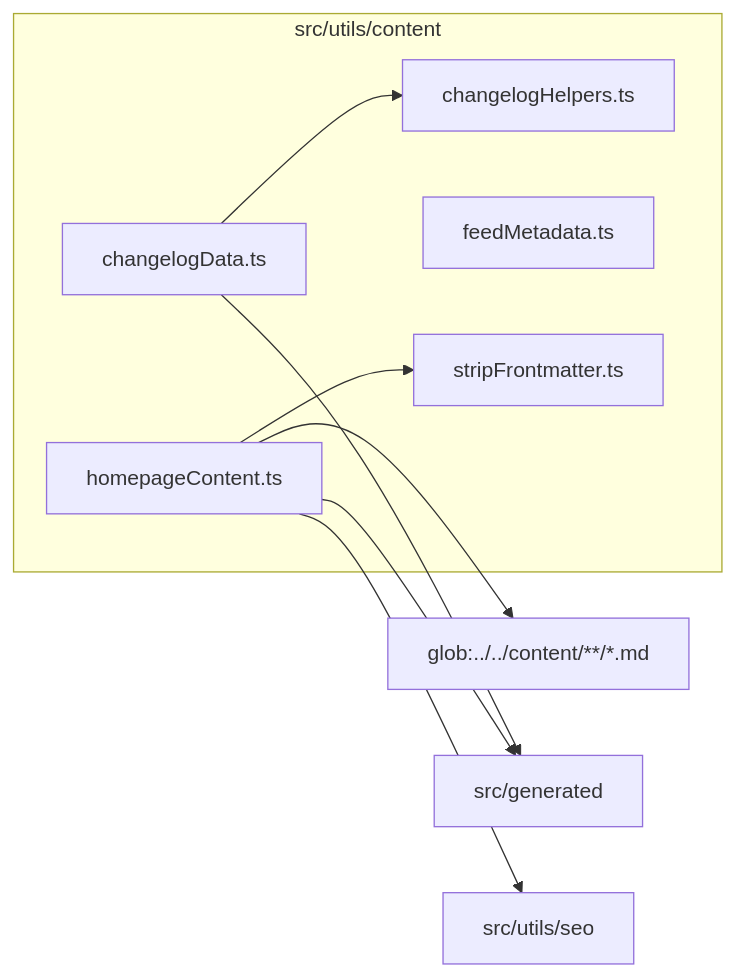
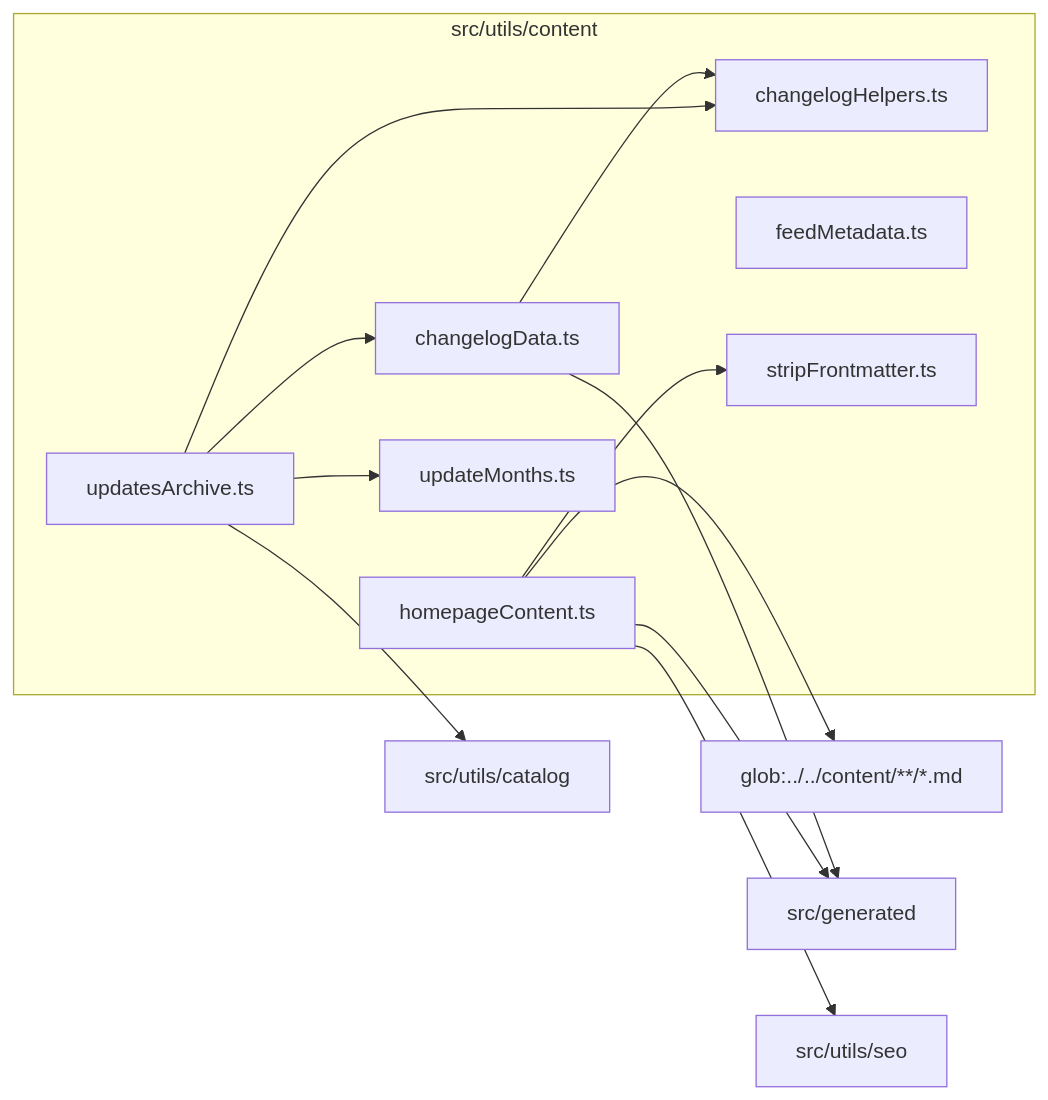
One commit to ronbuening/LensVisualizer changed the diagram in src/utils/content/readme.md. Above: the diagram before and after it, drawn with Mermaid. The commit also changed other lines of this file and 35 other files, not shown here.

````diff
--- a/src/utils/content/readme.md
+++ b/src/utils/content/readme.md
@@ -9,19 +9,26 @@
 ```mermaid
 flowchart LR
   subgraph n_src_utils_content["src/utils/content"]
     n_src_utils_content_src_utils_content_changelogData_ts["changelogData.ts"]
     n_src_utils_content_src_utils_content_changelogHelpers_ts["changelogHelpers.ts"]
     n_src_utils_content_src_utils_content_feedMetadata_ts["feedMetadata.ts"]
     n_src_utils_content_src_utils_content_homepageContent_ts["homepageContent.ts"]
     n_src_utils_content_src_utils_content_stripFrontmatter_ts["stripFrontmatter.ts"]
+    n_src_utils_content_src_utils_content_updateMonths_ts["updateMonths.ts"]
+    n_src_utils_content_src_utils_content_updatesArchive_ts["updatesArchive.ts"]
   end
   n_external_glob_______content______md["glob:../../content/**/*.md"]
   n_external_src_generated["src/generated"]
+  n_external_src_utils_catalog["src/utils/catalog"]
   n_external_src_utils_seo["src/utils/seo"]
   n_src_utils_content_src_utils_content_homepageContent_ts --> n_external_glob_______content______md
   n_src_utils_content_src_utils_content_changelogData_ts --> n_external_src_generated
   n_src_utils_content_src_utils_content_homepageContent_ts --> n_external_src_generated
+  n_src_utils_content_src_utils_content_updatesArchive_ts --> n_external_src_utils_catalog
   n_src_utils_content_src_utils_content_homepageContent_ts --> n_external_src_utils_seo
+  n_src_utils_content_src_utils_content_updatesArchive_ts --> n_src_utils_content_src_utils_content_changelogData_ts
   n_src_utils_content_src_utils_content_changelogData_ts --> n_src_utils_content_src_utils_content_changelogHelpers_ts
+  n_src_utils_content_src_utils_content_updatesArchive_ts --> n_src_utils_content_src_utils_content_changelogHelpers_ts
   n_src_utils_content_src_utils_content_homepageContent_ts --> n_src_utils_content_src_utils_content_stripFrontmatter_ts
+  n_src_utils_content_src_utils_content_updatesArchive_ts --> n_src_utils_content_src_utils_content_updateMonths_ts
 ```
````
